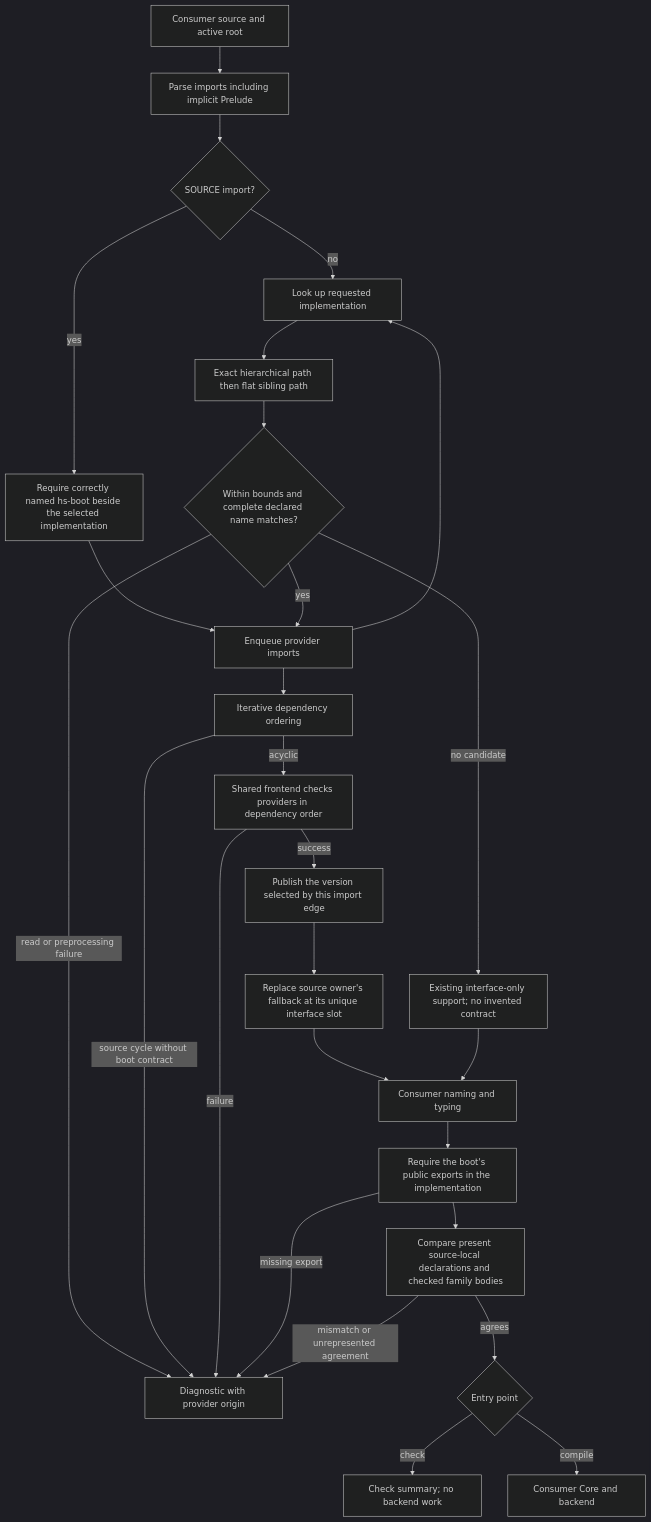
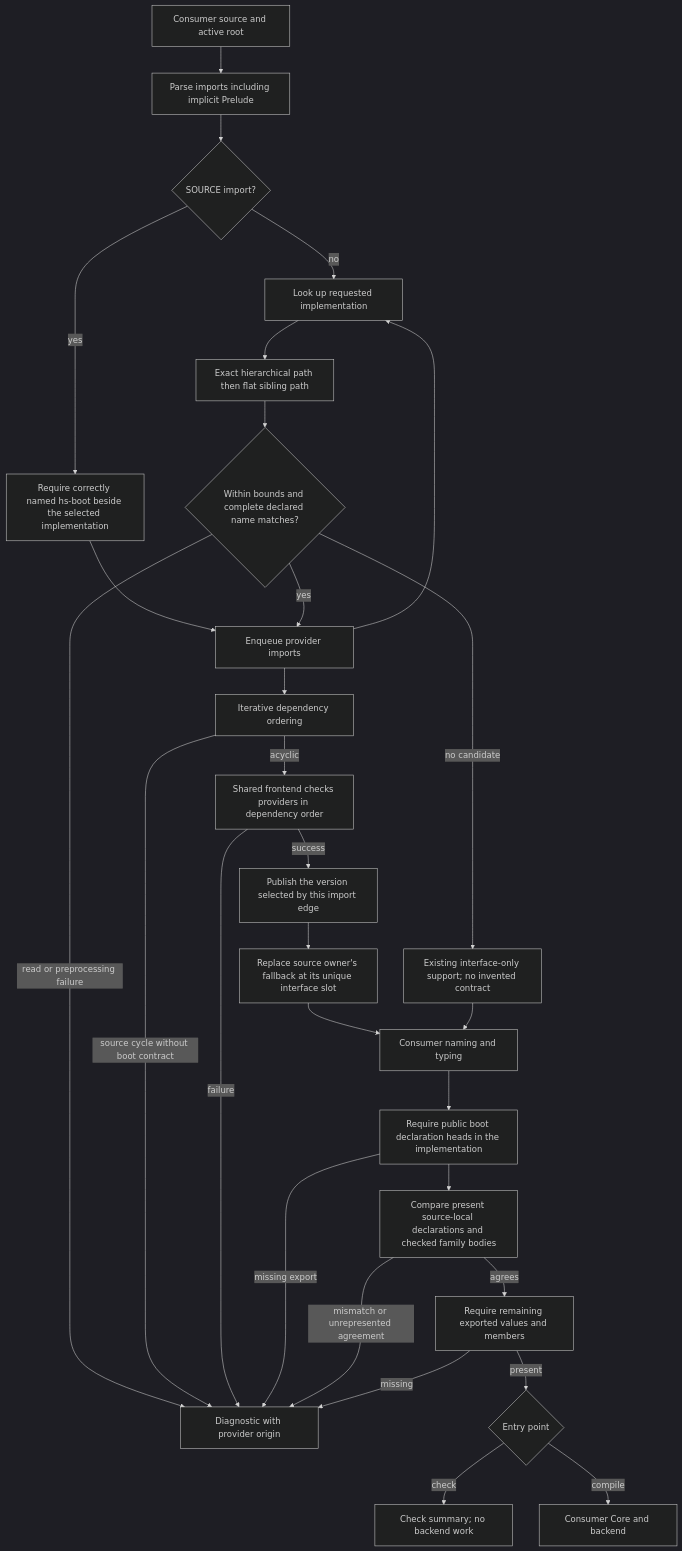
One commit to loveJesus/haskelujah-chirho changed the diagram in spec-chirho/workflows-chirho/compiler-pipeline-chirho/module-search-authority-chirho.md. Above: the diagram before and after it, drawn with Mermaid (dark theme). The commit also changed other lines of this file and 92 other files, not shown here.

First line of the commit message:
compat: check concrete boot class contracts Chirho

````diff
--- a/spec-chirho/workflows-chirho/compiler-pipeline-chirho/module-search-authority-chirho.md
+++ b/spec-chirho/workflows-chirho/compiler-pipeline-chirho/module-search-authority-chirho.md
@@ -6,29 +6,31 @@
 ```mermaid
 flowchart TD
     source_chirho[Consumer source and active root] --> imports_chirho[Parse imports including implicit Prelude]
     imports_chirho --> form_chirho{SOURCE import?}
     form_chirho -- no --> lookup_chirho[Look up requested implementation]
     form_chirho -- yes --> boot_chirho[Require correctly named hs-boot beside the selected implementation]
     boot_chirho --> closure_chirho
     lookup_chirho --> rank_chirho[Exact hierarchical path then flat sibling path]
     rank_chirho --> admissible_chirho{Within bounds and complete declared name matches?}
     admissible_chirho -- no candidate --> interface_chirho[Existing interface-only support; no invented contract]
     admissible_chirho -- read or preprocessing failure --> fail_chirho[Diagnostic with provider origin]
     admissible_chirho -- yes --> closure_chirho[Enqueue provider imports]
     closure_chirho --> lookup_chirho
     closure_chirho --> order_chirho[Iterative dependency ordering]
     order_chirho -- source cycle without boot contract --> fail_chirho
     order_chirho -- acyclic --> check_chirho[Shared frontend checks providers in dependency order]
     check_chirho -- failure --> fail_chirho
     check_chirho -- success --> companion_chirho[Publish the version selected by this import edge]
     companion_chirho --> unique_chirho[Replace source owner's fallback at its unique interface slot]
     unique_chirho --> frontend_chirho[Consumer naming and typing]
     interface_chirho --> frontend_chirho
-    frontend_chirho --> availability_chirho[Require the boot's public exports in the implementation]
+    frontend_chirho --> availability_chirho[Require public boot declaration heads in the implementation]
     availability_chirho -- missing export --> fail_chirho
     availability_chirho --> agreement_chirho[Compare present source-local declarations and checked family bodies]
     agreement_chirho -- mismatch or unrepresented agreement --> fail_chirho
-    agreement_chirho -- agrees --> mode_chirho{Entry point}
+    agreement_chirho -- agrees --> members_chirho[Require remaining exported values and members]
+    members_chirho -- missing --> fail_chirho
+    members_chirho -- present --> mode_chirho{Entry point}
     mode_chirho -- check --> summary_chirho[Check summary; no backend work]
     mode_chirho -- compile --> backend_chirho[Consumer Core and backend]
 ```
````
